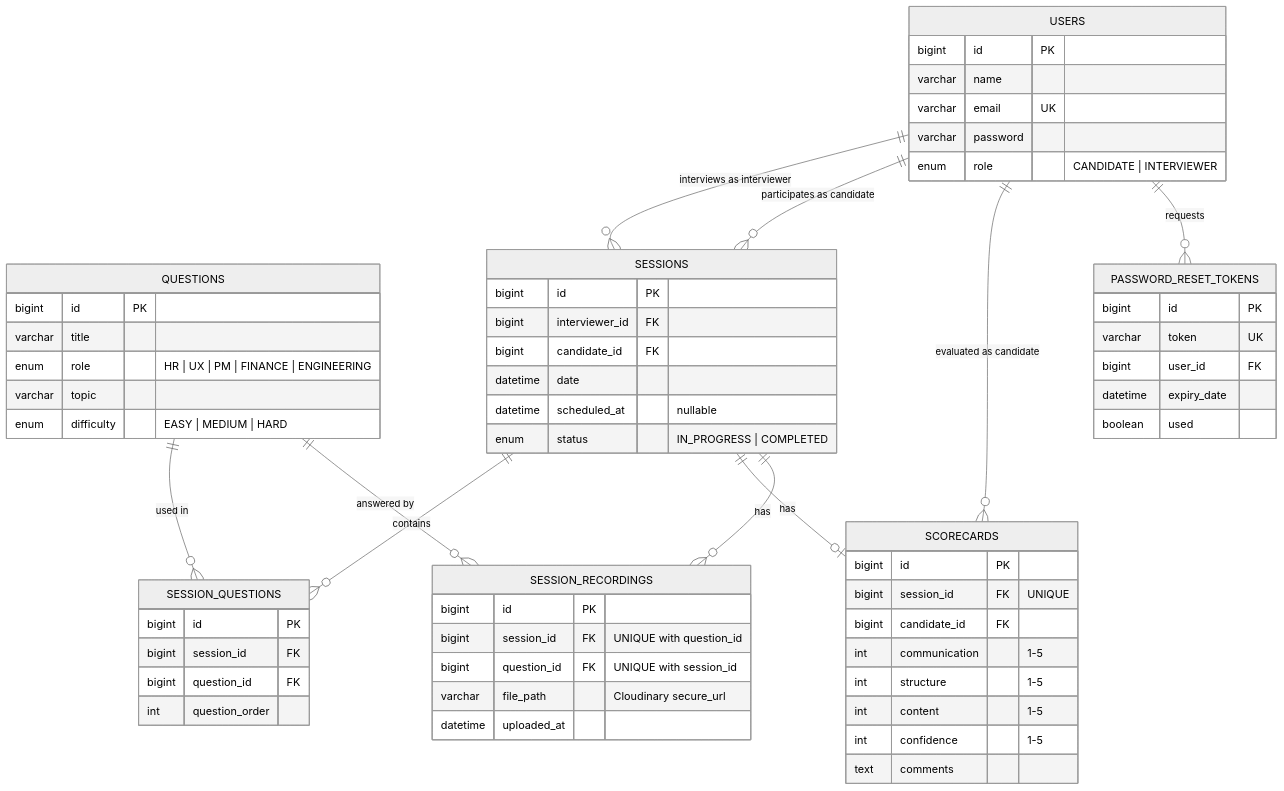
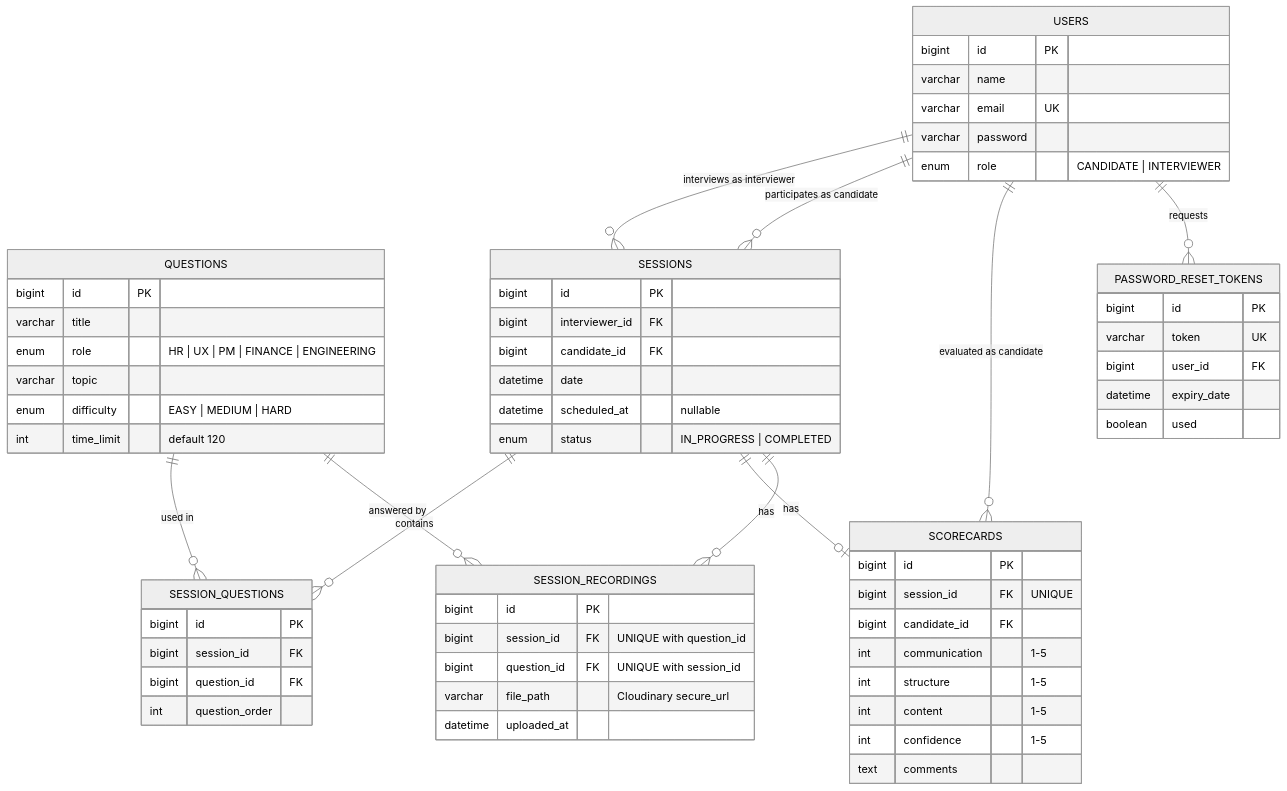
The diagram in talenteval/docs/database/er-diagram.md (nishika6/talenteval), drawn with Mermaid (neutral theme) before and after one commit. The commit also changed 23 other files, not shown here.

Commit message:
added time limit and video recording

````diff
--- a/talenteval/docs/database/er-diagram.md
+++ b/talenteval/docs/database/er-diagram.md
@@ -5,71 +5,72 @@
 ```mermaid
 erDiagram
     USERS {
         bigint id PK
         varchar name
         varchar email UK
         varchar password
         enum role "CANDIDATE | INTERVIEWER"
     }
 
     QUESTIONS {
         bigint id PK
         varchar title
         enum role "HR | UX | PM | FINANCE | ENGINEERING"
         varchar topic
         enum difficulty "EASY | MEDIUM | HARD"
+        int time_limit "default 120"
     }
 
     SESSIONS {
         bigint id PK
         bigint interviewer_id FK
         bigint candidate_id FK
         datetime date
         datetime scheduled_at "nullable"
         enum status "IN_PROGRESS | COMPLETED"
     }
 
     SESSION_QUESTIONS {
         bigint id PK
         bigint session_id FK
         bigint question_id FK
         int question_order
     }
 
     SCORECARDS {
         bigint id PK
         bigint session_id FK "UNIQUE"
         bigint candidate_id FK
         int communication "1-5"
         int structure "1-5"
         int content "1-5"
         int confidence "1-5"
         text comments
     }
 
     SESSION_RECORDINGS {
         bigint id PK
         bigint session_id FK "UNIQUE with question_id"
         bigint question_id FK "UNIQUE with session_id"
         varchar file_path "Cloudinary secure_url"
         datetime uploaded_at
     }
 
     PASSWORD_RESET_TOKENS {
         bigint id PK
         varchar token UK
         bigint user_id FK
         datetime expiry_date
         boolean used
     }
 
     USERS ||--o{ SESSIONS : "interviews as interviewer"
     USERS ||--o{ SESSIONS : "participates as candidate"
     SESSIONS ||--o{ SESSION_QUESTIONS : "contains"
     QUESTIONS ||--o{ SESSION_QUESTIONS : "used in"
     SESSIONS ||--o| SCORECARDS : "has"
     USERS ||--o{ SCORECARDS : "evaluated as candidate"
     SESSIONS ||--o{ SESSION_RECORDINGS : "has"
     QUESTIONS ||--o{ SESSION_RECORDINGS : "answered by"
     USERS ||--o{ PASSWORD_RESET_TOKENS : "requests"
 ```
````
